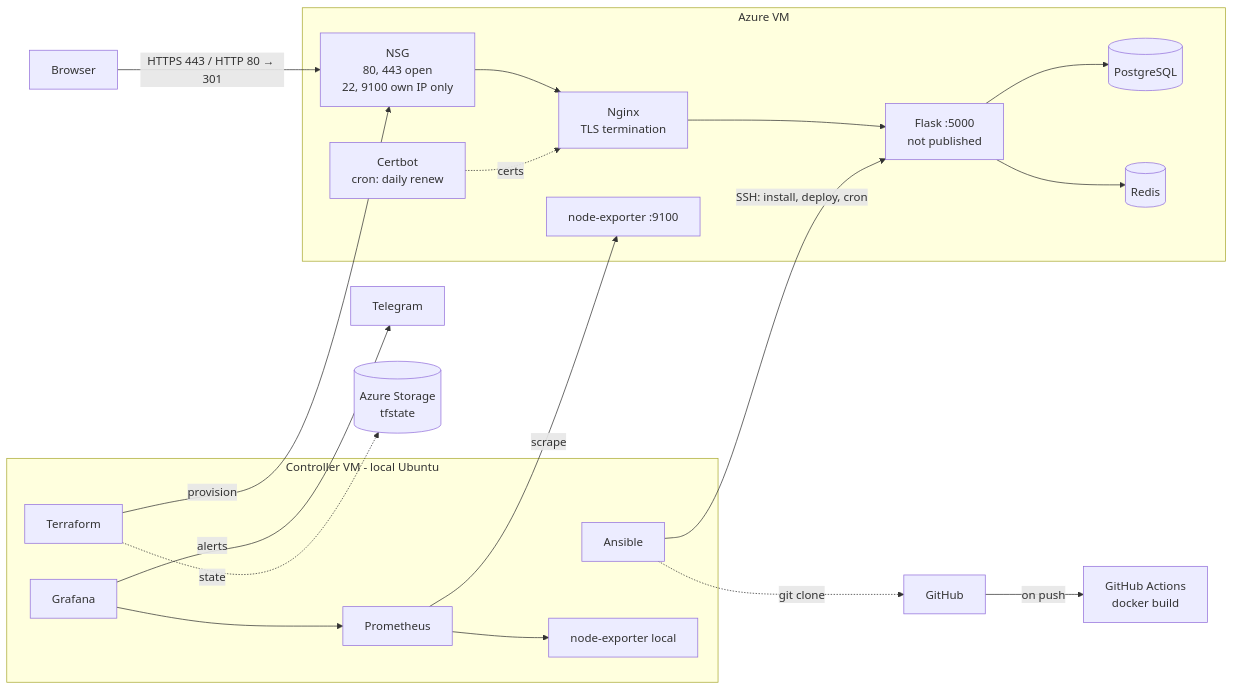
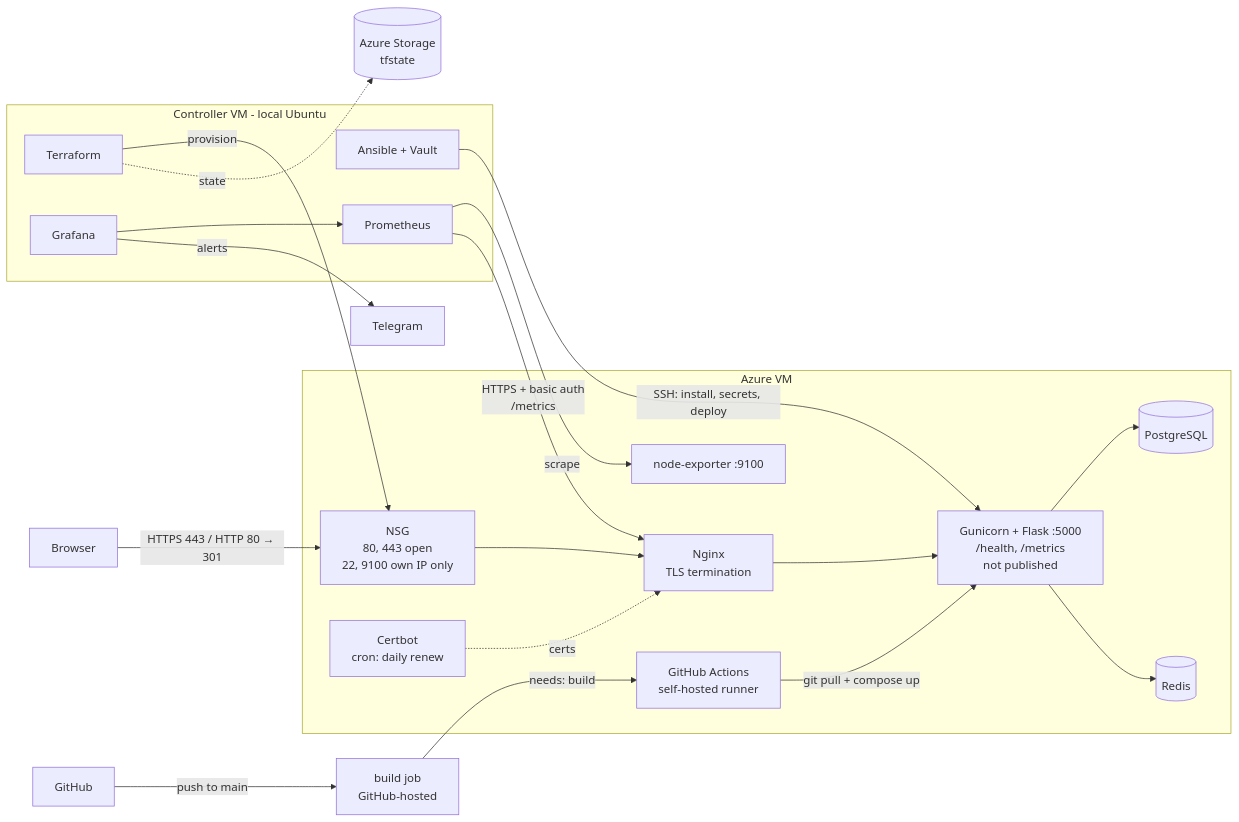
One commit to Daswwy/flask-postgres-docker changed the diagram in README.md. Above: the diagram before and after it, drawn with Mermaid. The commit also changed other lines of this file, not shown here.

````diff
--- a/README.md
+++ b/README.md
@@ -22,26 +23,28 @@
 ```mermaid
 flowchart LR
     User[Browser] -->|HTTPS 443 / HTTP 80 → 301| NSG
 
     subgraph Azure VM
         NSG[NSG<br/>80, 443 open<br/>22, 9100 own IP only] --> NGINX[Nginx<br/>TLS termination]
-        NGINX --> WEB[Flask :5000<br/>not published]
+        NGINX --> WEB[Gunicorn + Flask :5000<br/>/health, /metrics<br/>not published]
         WEB --> DB[(PostgreSQL)]
         WEB --> R[(Redis)]
         CB[Certbot<br/>cron: daily renew] -.->|certs| NGINX
         NE1[node-exporter :9100]
+        RUN[GitHub Actions<br/>self-hosted runner]
     end
 
     subgraph Controller VM - local Ubuntu
         TF[Terraform] -->|provision| NSG
-        AN[Ansible] -->|SSH: install, deploy, cron| WEB
+        AN[Ansible + Vault] -->|SSH: install, secrets, deploy| WEB
         PROM[Prometheus] -->|scrape| NE1
-        PROM --> NE2[node-exporter local]
+        PROM -->|HTTPS + basic auth<br/>/metrics| NGINX
         GRAF[Grafana] --> PROM
     end
 
     GRAF -->|alerts| TG[Telegram]
     TF -.->|state| ST[(Azure Storage<br/>tfstate)]
-    GH[GitHub] -->|on push| CI[GitHub Actions<br/>docker build]
-    AN -.->|git clone| GH
+    GH[GitHub] -->|push to main| CI[build job<br/>GitHub-hosted]
+    CI -->|needs: build| RUN
+    RUN -->|git pull + compose up| WEB
 ```
````
